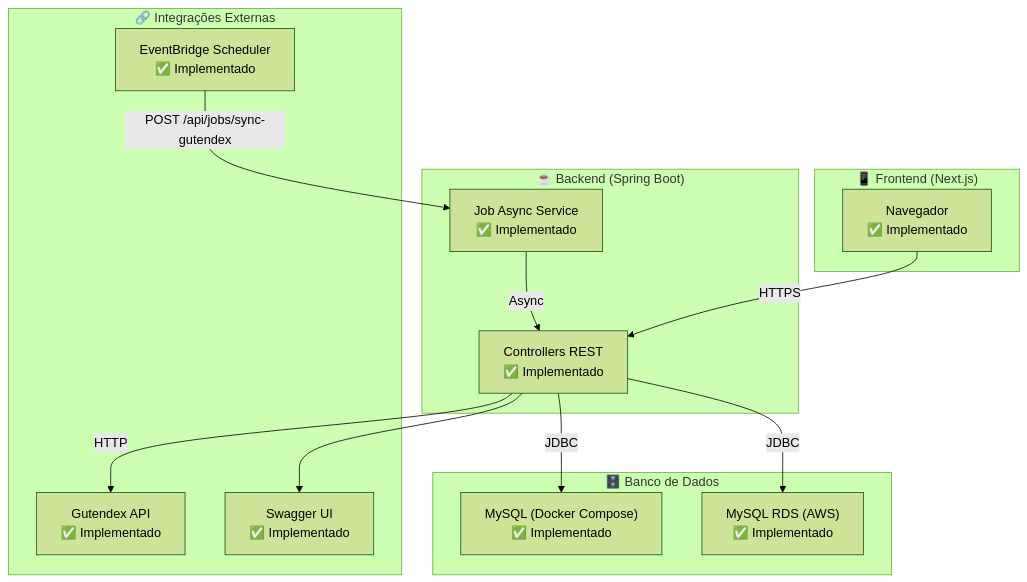
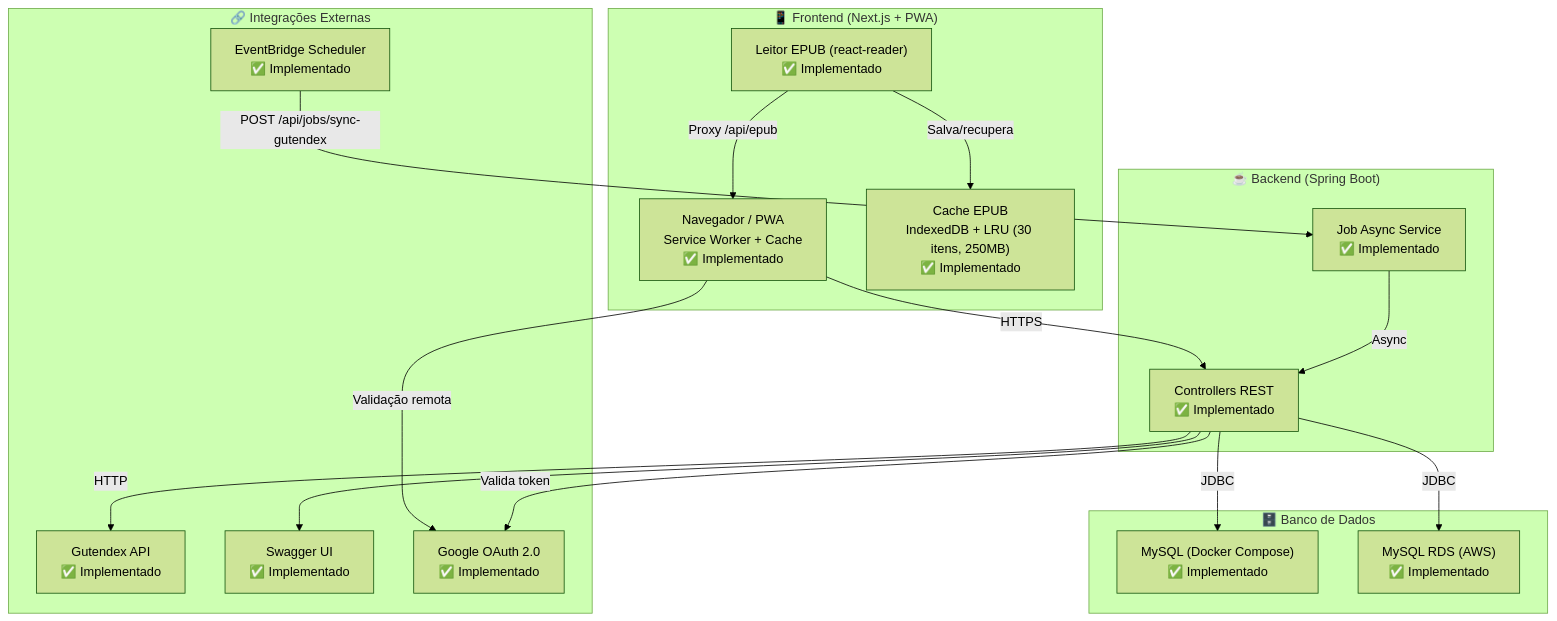
One commit to mba-puc-alexandria/alexandria changed the second of 4 diagrams in alexandria-backend/markdown/C4_MODEL.md. Above: the diagram before and after it, drawn with Mermaid (forest theme). The commit also changed other lines of this file and 4 other files, not shown here.

````diff
--- a/alexandria-backend/markdown/C4_MODEL.md
+++ b/alexandria-backend/markdown/C4_MODEL.md
@@ -30,30 +33,37 @@
 ```mermaid
 graph TB
-    subgraph "📱 Frontend (Next.js)"
-        BROWSER["Navegador<br/>✅ Implementado"]
+    subgraph "📱 Frontend (Next.js + PWA)"
+        BROWSER["Navegador / PWA<br/>Service Worker + Cache<br/>✅ Implementado"]
+        EPUB_CACHE["Cache EPUB<br/>IndexedDB + LRU (30 itens, 250MB)<br/>✅ Implementado"]
+        LEITOR_EPUB["Leitor EPUB (react-reader)<br/>✅ Implementado"]
     end
 
     subgraph "☕ Backend (Spring Boot)"
         REST["Controllers REST<br/>✅ Implementado"]
         JOB["Job Async Service<br/>✅ Implementado"]
     end
 
     subgraph "🗄️ Banco de Dados"
         MYSQL_LOCAL["MySQL (Docker Compose)<br/>✅ Implementado"]
         MYSQL_RDS["MySQL RDS (AWS)<br/>✅ Implementado"]
     end
 
     subgraph "🔗 Integrações Externas"
         GUTENDEX["Gutendex API<br/>✅ Implementado"]
         EVENTBRIDGE["EventBridge Scheduler<br/>✅ Implementado"]
         SWAGGER["Swagger UI<br/>✅ Implementado"]
+        GOOGLE["Google OAuth 2.0<br/>✅ Implementado"]
     end
 
     BROWSER -->|"HTTPS"| REST
+    BROWSER -->|"Validação remota"| GOOGLE
+    REST -->|"Valida token"| GOOGLE
+    LEITOR_EPUB -->|"Proxy /api/epub"| BROWSER
+    LEITOR_EPUB -->|"Salva/recupera"| EPUB_CACHE
     REST -->|"JDBC"| MYSQL_LOCAL
     REST -->|"JDBC"| MYSQL_RDS
     REST -->|"HTTP"| GUTENDEX
     REST --> SWAGGER
     JOB -->|"Async"| REST
     EVENTBRIDGE -->|"POST /api/jobs/sync-gutendex"| JOB
 ```
````
